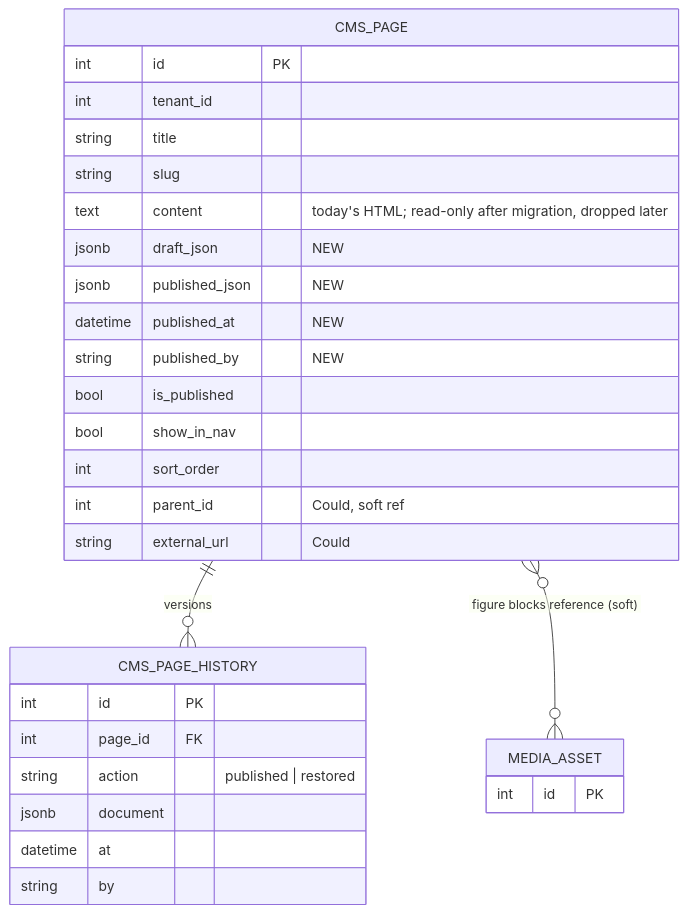
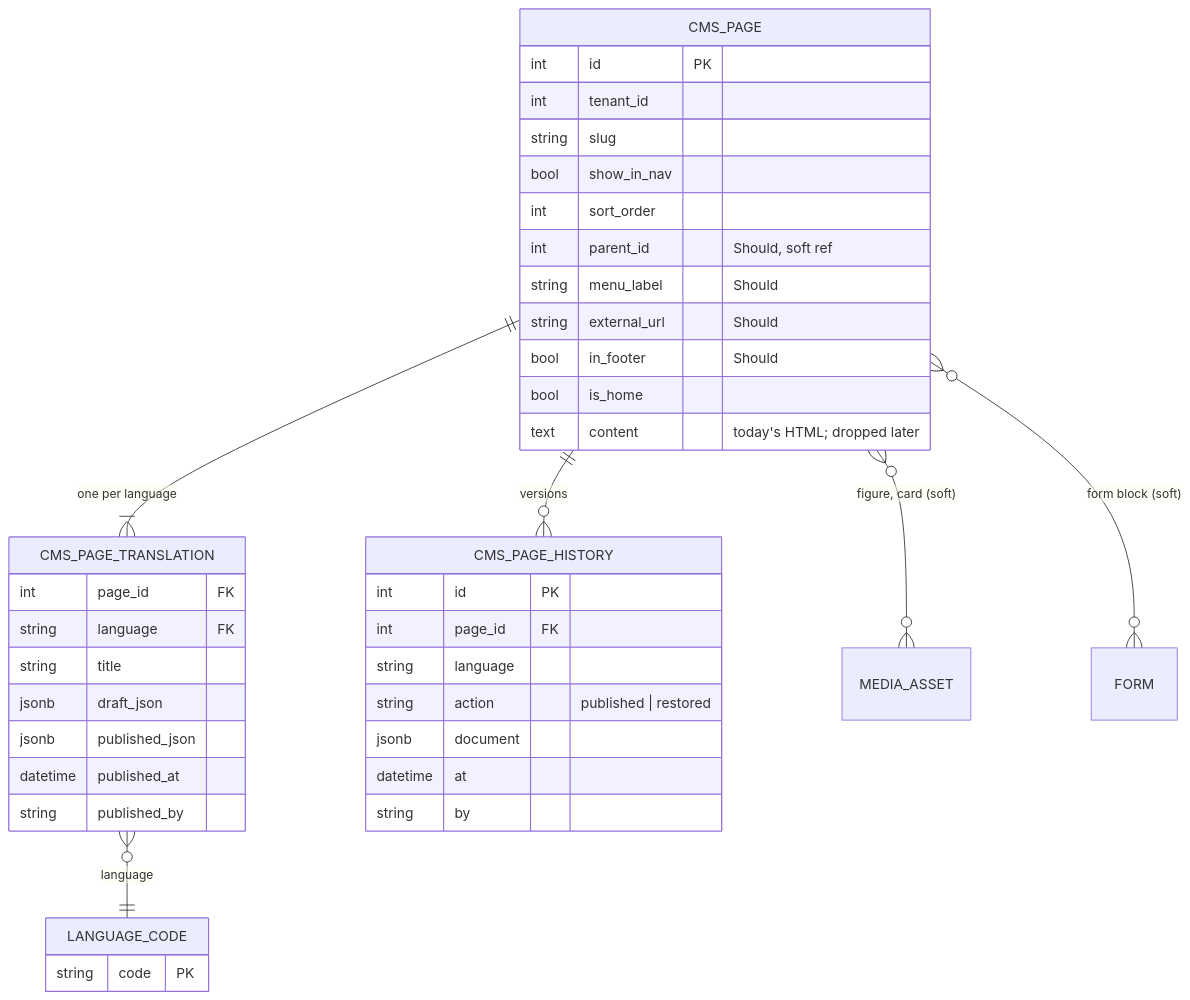
The fifth of 5 diagrams in docs/change_request_17_web_content.md (KoenRenders/KoenTest), drawn with Mermaid before and after one commit. The commit also changed other lines of this file, not shown here.

````diff
--- a/docs/change_request_17_web_content.md
+++ b/docs/change_request_17_web_content.md
@@ -311,32 +357,42 @@
 ```mermaid
 erDiagram
   CMS_PAGE {
     int id PK
     int tenant_id
-    string title
     string slug
-    text content "today's HTML; read-only after migration, dropped later"
-    jsonb draft_json "NEW"
-    jsonb published_json "NEW"
-    datetime published_at "NEW"
-    string published_by "NEW"
-    bool is_published
     bool show_in_nav
     int sort_order
-    int parent_id "Could, soft ref"
-    string external_url "Could"
+    int parent_id "Should, soft ref"
+    string menu_label "Should"
+    string external_url "Should"
+    bool in_footer "Should"
+    bool is_home
+    text content "today's HTML; dropped later"
+  }
+  CMS_PAGE_TRANSLATION {
+    int page_id FK
+    string language FK
+    string title
+    jsonb draft_json
+    jsonb published_json
+    datetime published_at
+    string published_by
   }
   CMS_PAGE_HISTORY {
     int id PK
     int page_id FK
+    string language
     string action "published | restored"
     jsonb document
     datetime at
     string by
   }
-  MEDIA_ASSET {
-    int id PK
+  LANGUAGE_CODE {
+    string code PK
   }
+  CMS_PAGE ||--|{ CMS_PAGE_TRANSLATION : "one per language"
   CMS_PAGE ||--o{ CMS_PAGE_HISTORY : "versions"
-  CMS_PAGE }o--o{ MEDIA_ASSET : "figure blocks reference (soft)"
+  CMS_PAGE_TRANSLATION }o--|| LANGUAGE_CODE : "language"
+  CMS_PAGE }o--o{ MEDIA_ASSET : "figure, card (soft)"
+  CMS_PAGE }o--o{ FORM : "form block (soft)"
 ```
````
